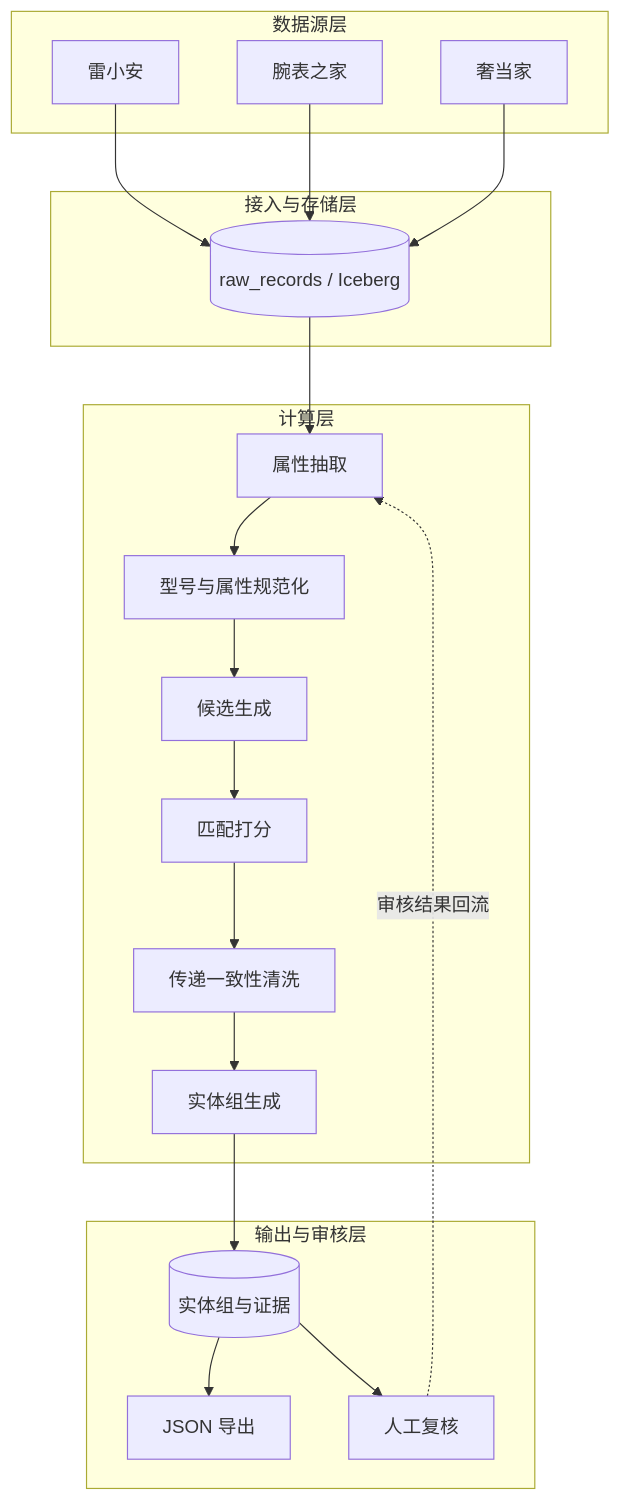
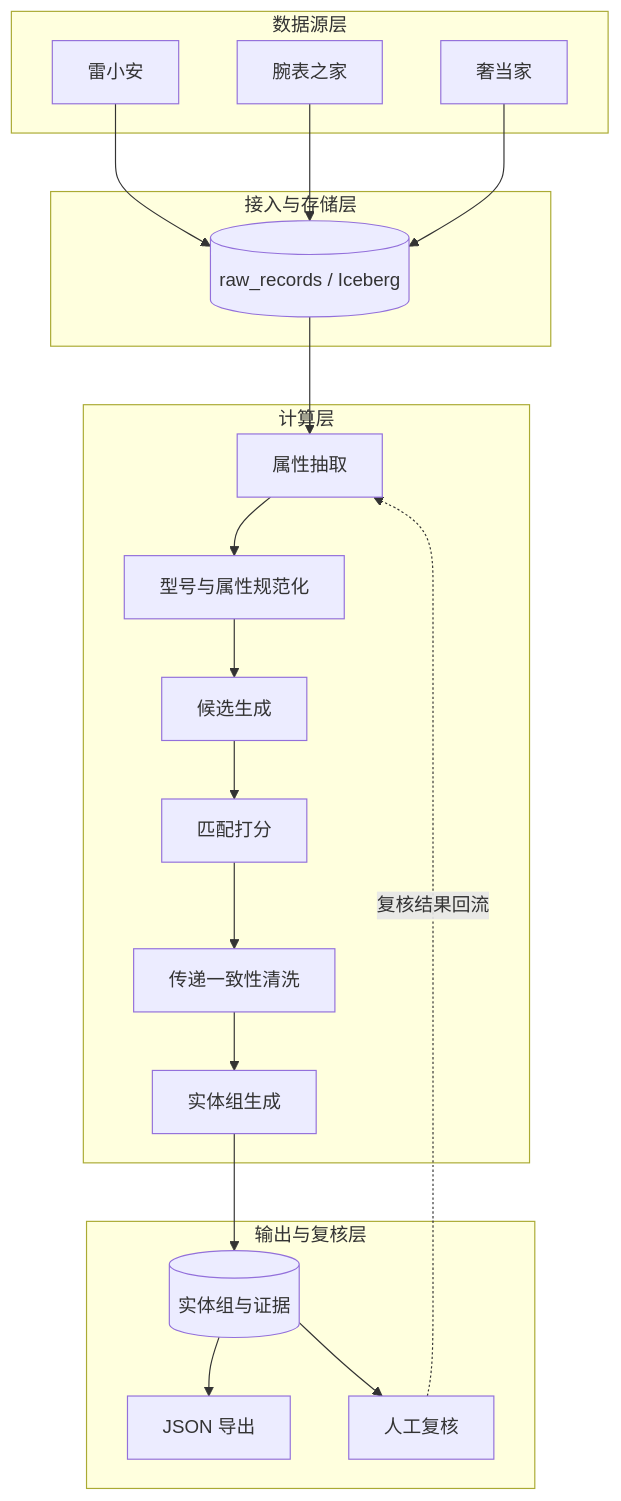
Before and after one commit to WorkerXu/my-doc: the first of 2 diagrams in 多来源商品数据合并系统设计.md, drawn with Mermaid. The commit also changed other lines of this file, not shown here.

````diff
--- a/多来源商品数据合并系统设计.md
+++ b/多来源商品数据合并系统设计.md
@@ -82,35 +86,35 @@
 ```mermaid
 flowchart TB
     subgraph SRC["数据源层"]
         A[雷小安]
         B[腕表之家]
         C[奢当家]
     end
 
     subgraph INGEST["接入与存储层"]
         R[(raw_records / Iceberg)]
     end
 
     subgraph COMPUTE["计算层"]
         E[属性抽取]
         N[型号与属性规范化]
         B1[候选生成]
         M[匹配打分]
         C1[传递一致性清洗]
         G[实体组生成]
     end
 
-    subgraph OUTPUT["输出与审核层"]
+    subgraph OUTPUT["输出与复核层"]
         O[(实体组与证据)]
         J[JSON 导出]
         H[人工复核]
     end
 
     A --> R
     B --> R
     C --> R
     R --> E --> N --> B1 --> M --> C1 --> G --> O
     O --> J
     O --> H
-    H -. 审核结果回流 .-> E
+    H -. 复核结果回流 .-> E
 ```
````
